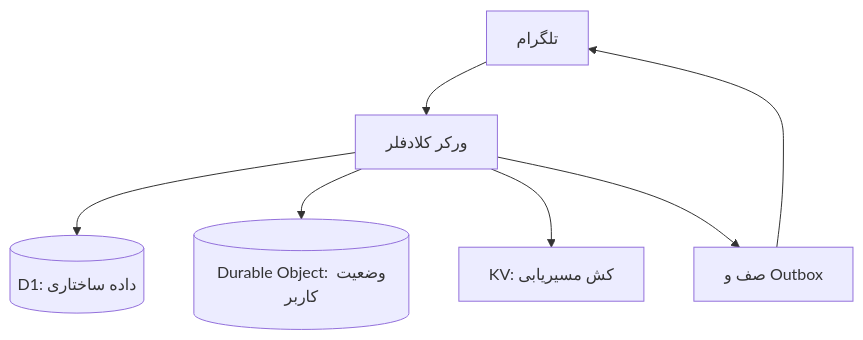
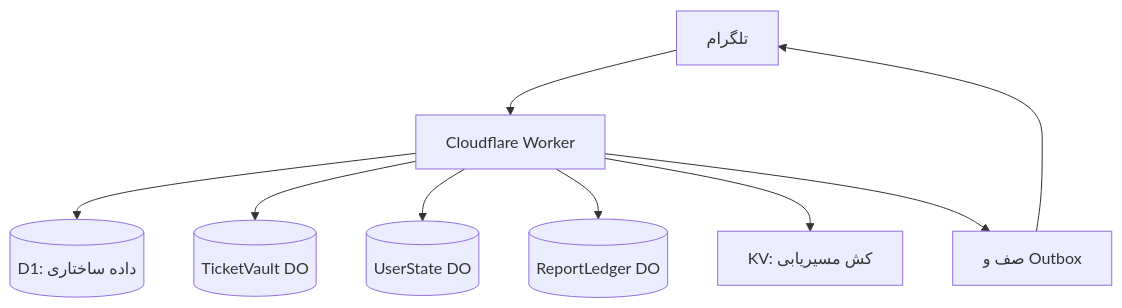
The third of 3 diagrams in content/fa/blog/building-nekonymous-anonymous-telegram-bot.md (mohetios/mohetios.dev), drawn with Mermaid before and after one commit. The commit also changed other lines of this file and 4 other files, not shown here.

First line of the commit message:
Align Nekonymous lab and blog with V1 architecture and terminology.

````diff
--- a/content/fa/blog/building-nekonymous-anonymous-telegram-bot.md
+++ b/content/fa/blog/building-nekonymous-anonymous-telegram-bot.md
@@ -263,9 +270,11 @@
 ```mermaid
 flowchart TD
-  TG[تلگرام] --> W[ورکر کلادفلر]
+  TG[تلگرام] --> W[Cloudflare Worker]
   W --> D1[(D1: داده ساختاری)]
-  W --> DO[(Durable Object: وضعیت کاربر)]
+  W --> TVDO[(TicketVault DO)]
+  W --> USDO[(UserState DO)]
+  W --> RLDO[(ReportLedger DO)]
   W --> KV[KV: کش مسیر‌یابی]
   W --> Q[صف و Outbox]
   Q --> TG
 ```
````
